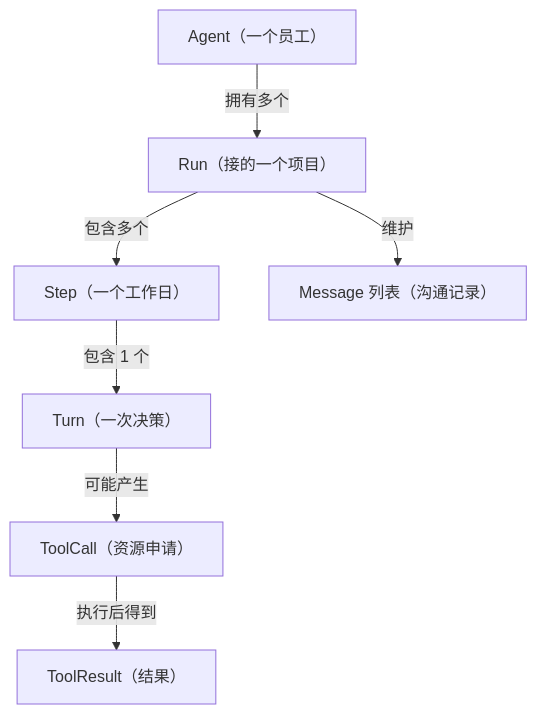
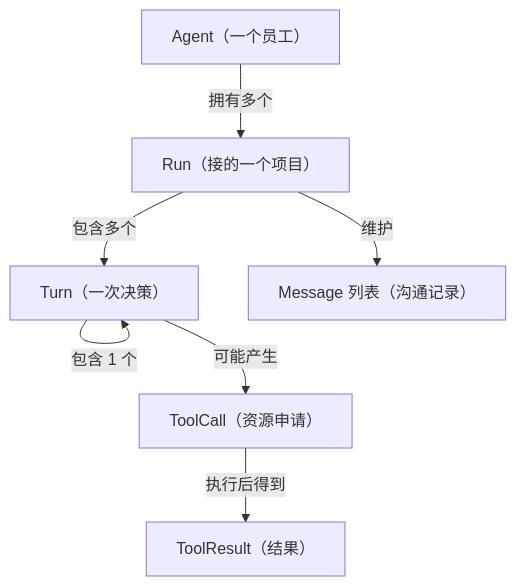
Before and after one commit to limenagent/prodagent: the first of 4 diagrams in docs/book/ch01.md, drawn with Mermaid. The commit also changed other lines of this file and 133 other files, not shown here.

````diff
--- a/docs/book/ch01.md
+++ b/docs/book/ch01.md
@@ -49,9 +49,9 @@
 ```mermaid
 graph TD
     Agent["Agent（一个员工）"] -->|拥有多个| Run["Run（接的一个项目）"]
-    Run -->|包含多个| Step["Step（一个工作日）"]
-    Step -->|包含 1 个| Turn["Turn（一次决策）"]
+    Run -->|包含多个| Turn["Turn（一个工作日）"]
+    Turn -->|包含 1 个| Turn["Turn（一次决策）"]
     Turn -->|可能产生| ToolCall["ToolCall（资源申请）"]
     ToolCall -->|执行后得到| ToolResult["ToolResult（结果）"]
     Run -->|维护| Messages["Message 列表（沟通记录）"]
 ```
````
